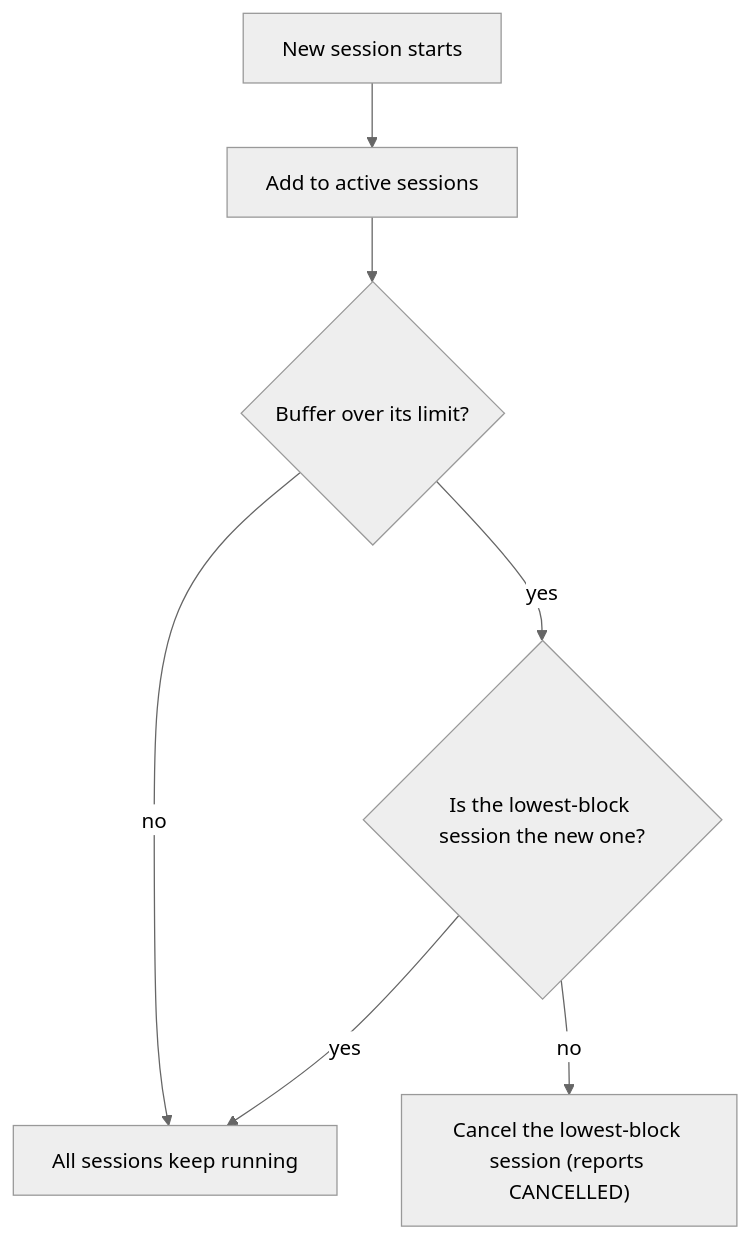
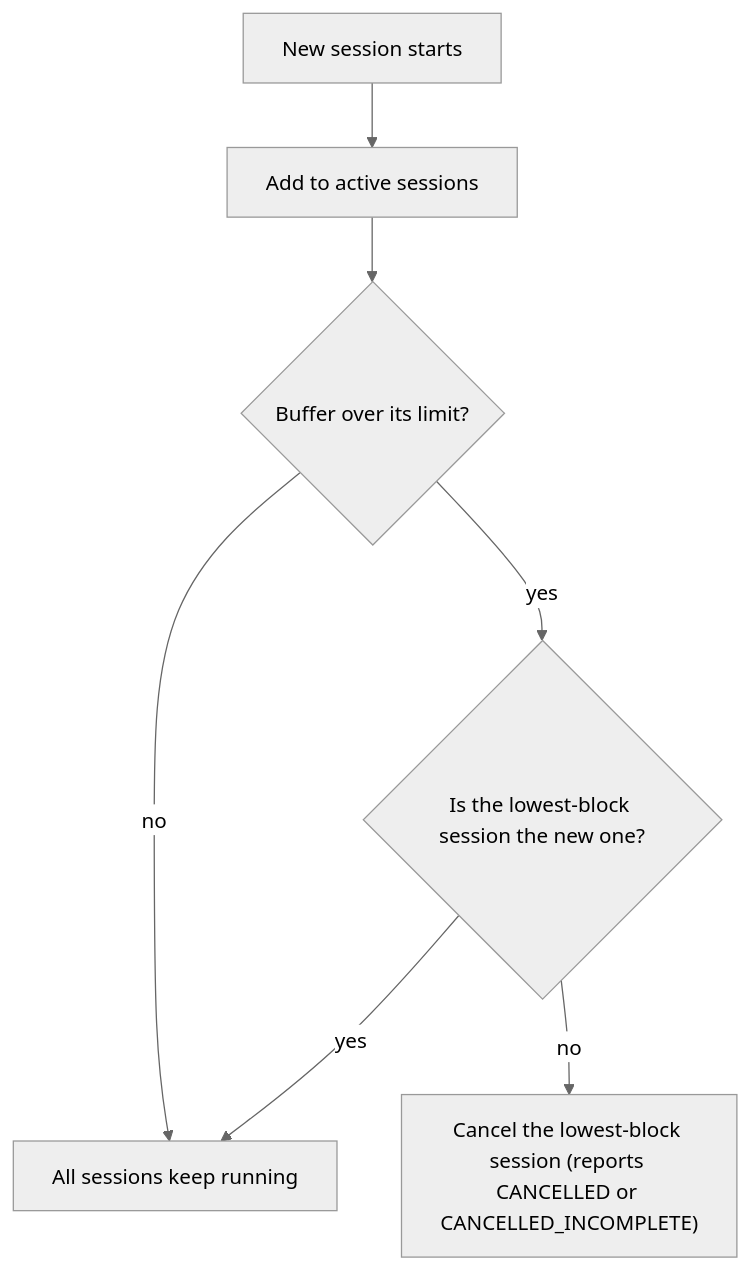
One commit to hiero-ledger/hiero-docs changed the fifth of 5 diagrams in block-node/design/block-verification.md. Above: the diagram before and after it, drawn with Mermaid (neutral theme). The commit also changed other lines of this file and 8 other files, not shown here.

````diff
--- a/block-node/design/block-verification.md
+++ b/block-node/design/block-verification.md
@@ -323,9 +326,9 @@
 ```mermaid
 flowchart TD
     NS[New session starts] --> ADD[Add to active sessions]
     ADD --> FULL{Buffer over its limit?}
     FULL -- no --> RUN[All sessions keep running]
     FULL -- yes --> LOW{"Is the lowest-block session the new one?"}
-    LOW -- no --> CANCEL["Cancel the lowest-block session (reports CANCELLED)"]
+    LOW -- no --> CANCEL["Cancel the lowest-block session (reports CANCELLED or CANCELLED_INCOMPLETE)"]
     LOW -- yes --> RUN
 ```
````
